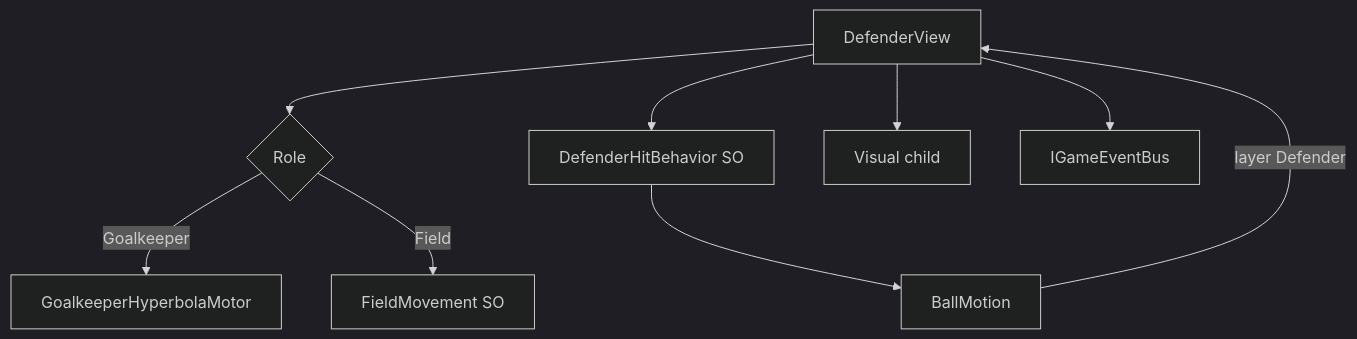
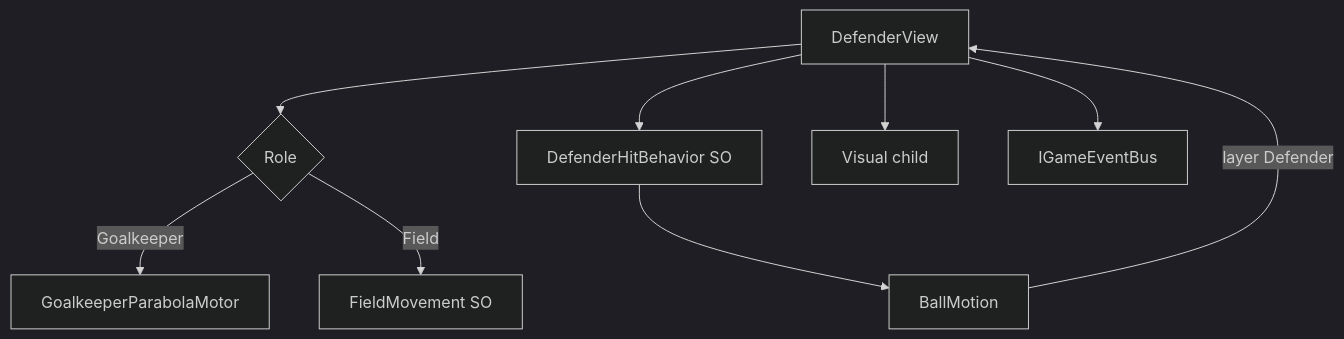
The diagram in Wiki/FutboloidWiki/Архитектура/Враги и защитники.md (DeployChef/Futboloid), drawn with Mermaid (dark theme) before and after one commit. The commit also changed other lines of this file and 18 other files, not shown here.

````diff
--- a/Wiki/FutboloidWiki/Архитектура/Враги и защитники.md
+++ b/Wiki/FutboloidWiki/Архитектура/Враги и защитники.md
@@ -40,12 +40,12 @@
 ```mermaid
 flowchart TB
     DV[DefenderView]
     DV --> Role{Role}
-    Role -->|Goalkeeper| GK[GoalkeeperHyperbolaMotor]
+    Role -->|Goalkeeper| GK[GoalkeeperParabolaMotor]
     Role -->|Field| FM[FieldMovement SO]
     DV --> HB[DefenderHitBehavior SO]
     DV --> Vis[Visual child]
     BM[BallMotion] -->|layer Defender| DV
     HB --> BM
     DV --> Bus[IGameEventBus]
 ```
````
